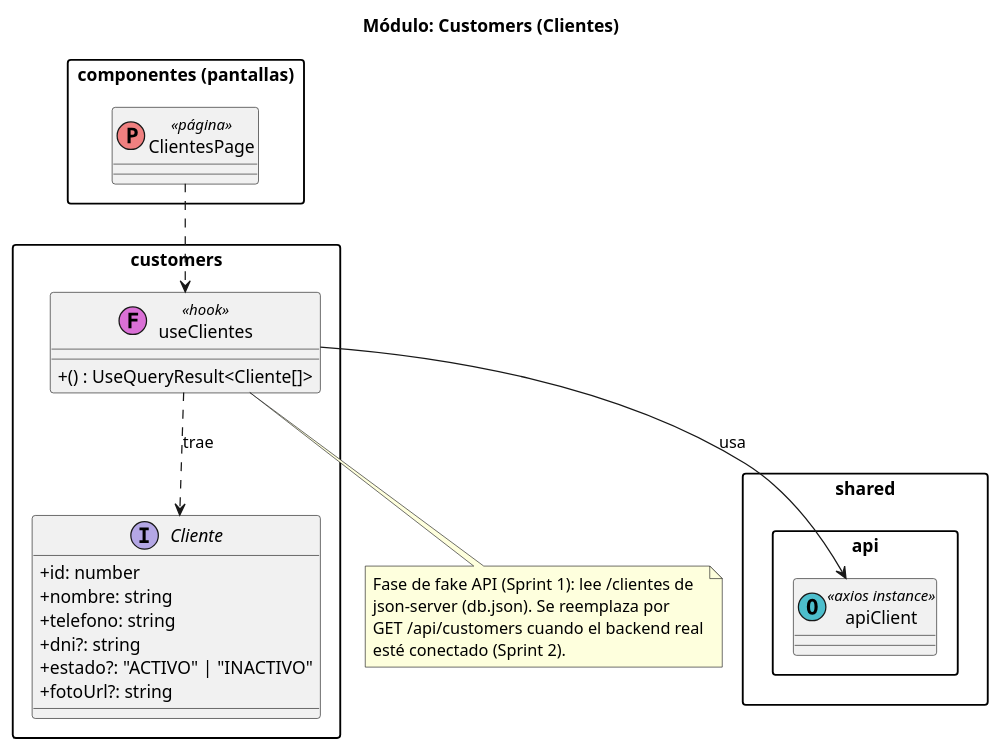
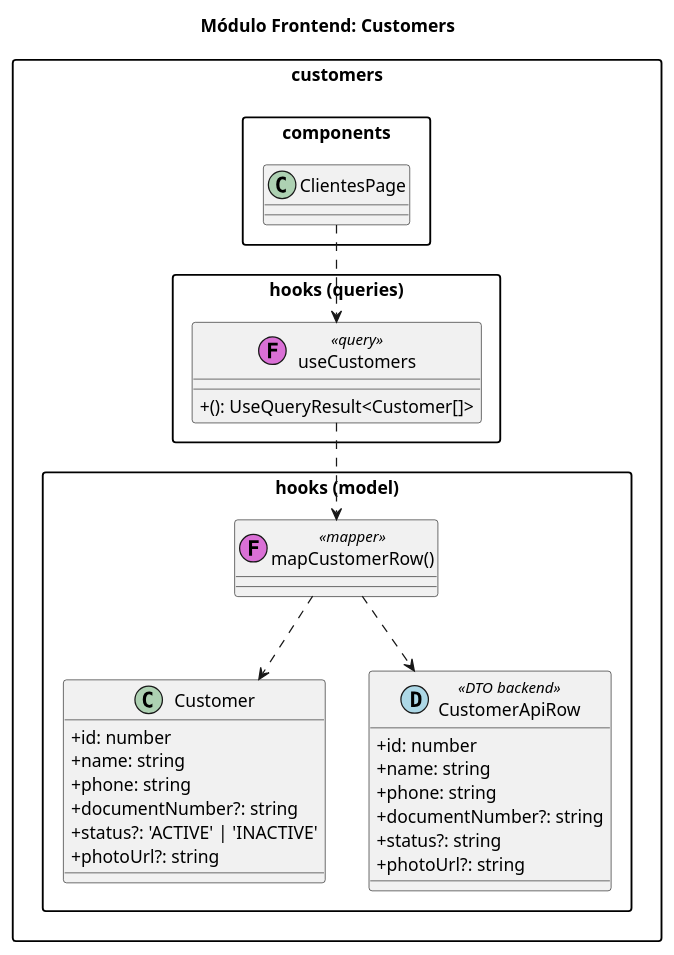
Before and after one commit to brianna-salinas/la-canchita-de-carlos-frontend: the diagram in docs/diagrams/customers.puml, drawn with PlantUML. The commit also changed 35 other files, not shown here.

Commit message:
fix: arreglos a los class diagrams

```diff
--- a/docs/diagrams/customers.puml
+++ b/docs/diagrams/customers.puml
@@ -1,42 +1,43 @@
 @startuml customers-module
-title Módulo: Customers (Clientes)
+title Módulo Frontend: Customers
 
 skinparam classAttributeIconSize 0
 skinparam packageStyle rectangle
 
-package "customers" {
-  interface Cliente {
+package "customers.hooks (model)" {
+  class Customer {
     +id: number
-    +nombre: string
-    +telefono: string
-    +dni?: string
-    +estado?: "ACTIVO" | "INACTIVO"
-    +fotoUrl?: string
+    +name: string
+    +phone: string
+    +documentNumber?: string
+    +status?: 'ACTIVE' | 'INACTIVE'
+    +photoUrl?: string
   }
 
-  class "useClientes" as useClientes << (F,orchid) hook >> {
-    +() : UseQueryResult<Cliente[]>
+  class CustomerApiRow << (D,lightblue) DTO backend >> {
+    +id: number
+    +name: string
+    +phone: string
+    +documentNumber?: string
+    +status?: string
+    +photoUrl?: string
   }
 
-  useClientes ..> Cliente : trae
+  class "mapCustomerRow()" as mapCustomerRow << (F,orchid) mapper >>
+  mapCustomerRow ..> CustomerApiRow
+  mapCustomerRow ..> Customer
 }
 
-package "componentes (pantallas)" {
-  class ClientesPage << (P,#F08080) página >>
-  ClientesPage ..> useClientes
+package "customers.hooks (queries)" {
+  class useCustomers << (F,orchid) query >> {
+    +(): UseQueryResult<Customer[]>
+  }
+  useCustomers ..> mapCustomerRow
 }
 
-package "shared.api" {
-  class apiClient << (O,#4DBECC) axios instance >>
+package "customers.components" {
+  class ClientesPage
+  ClientesPage ..> useCustomers
 }
 
-useClientes --> apiClient : usa
-
-note bottom of useClientes
-  Fase de fake API (Sprint 1): lee /clientes de
-  json-server (db.json). Se reemplaza por
-  GET /api/customers cuando el backend real
-  esté conectado (Sprint 2).
-end note
-
 @enduml
```
